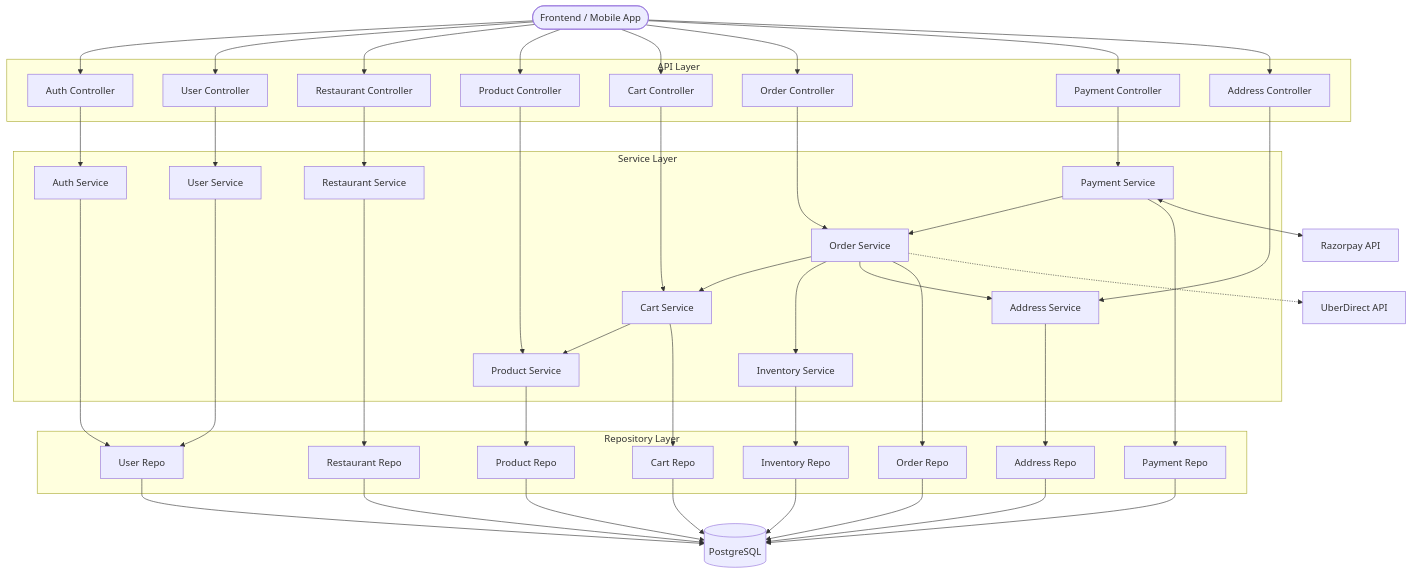
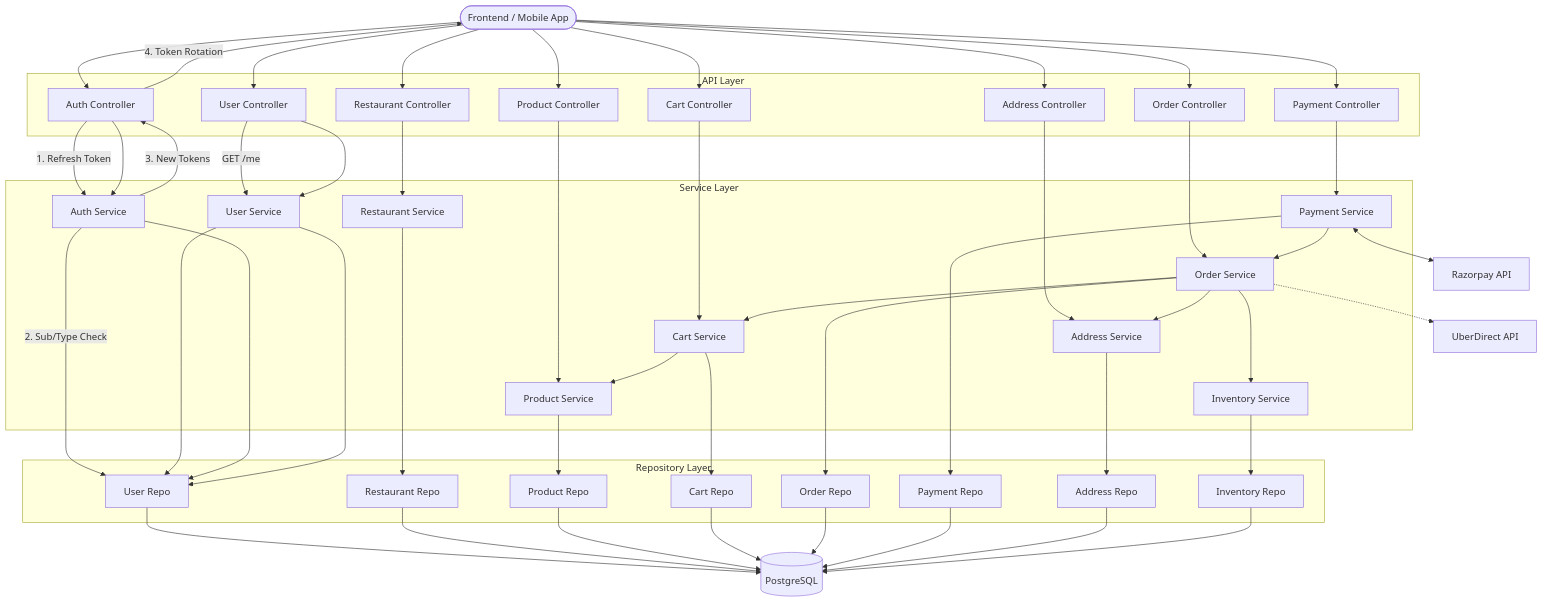
Before and after one commit to harsh-1-0-1/FoodWagon_BE: the diagram in ARCHITECTURE.md, drawn with Mermaid. The commit also changed 2 other files, not shown here.

Commit message:
modified the refresh token endpoint

```diff
--- a/ARCHITECTURE.md
+++ b/ARCHITECTURE.md
@@ -63,6 +63,16 @@
     Client --> PayAPI
     Client --> AddrAPI
 
+    %% Flow: Refresh Token
+    AuthAPI -- "1. Refresh Token" --> AuthSvc
+    AuthSvc -- "2. Sub/Type Check" --> UserRepo
+    AuthSvc -- "3. New Tokens" --> AuthAPI
+    AuthAPI -- "4. Token Rotation" --> Client
+
+    %% Flow: Profile
+    UserAPI -- "GET /me" --> UserSvc
+    UserSvc --> UserRepo
+
     AuthAPI --> AuthSvc
     UserAPI --> UserSvc
     RestAPI --> RestSvc
```
